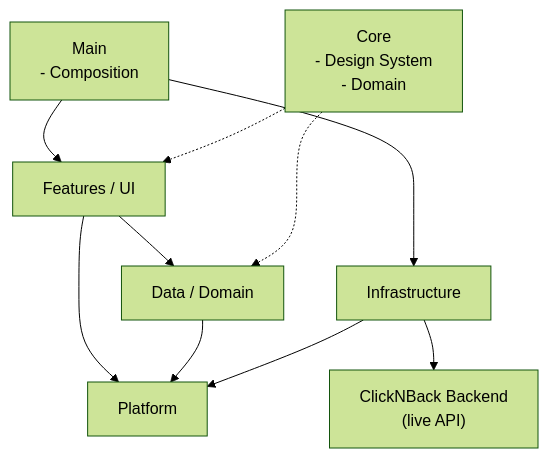
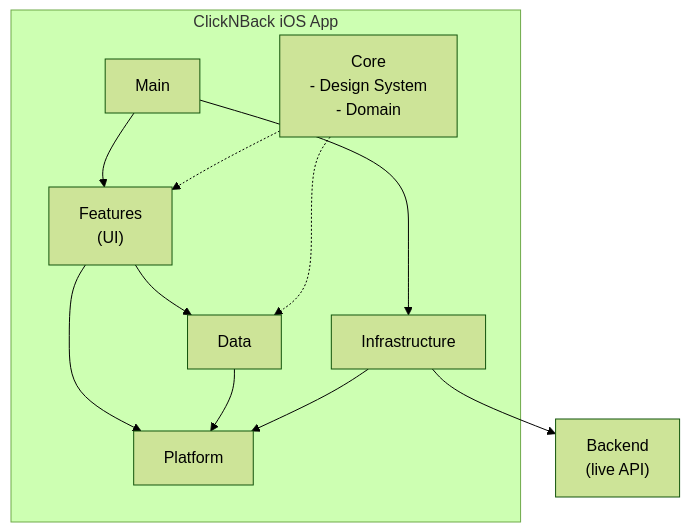
One commit to jerosanchez/clicknback-ios changed the diagram in README.md. Above: the diagram before and after it, drawn with Mermaid (forest theme). The commit also changed other lines of this file and 1 other file, not shown here.

````diff
--- a/README.md
+++ b/README.md
@@ -48,21 +57,24 @@
 ```mermaid
 graph TD
-    MC["Main<br/>- Composition"]
-    UI["Features / UI"]
-    DL["Data / Domain"]
-    IL["Infrastructure"]
-    PL["Platform"]
-    DS["Core<br/>- Design System<br/>- Domain"]
-    BE["ClickNBack Backend<br/>(live API)"]
+    subgraph App["ClickNBack iOS App"]
+        MC["Main"]
+        UI["Features<br/>(UI)"]
+        DL["Data"]
+        IL["Infrastructure"]
+        PL["Platform"]
+        DS["Core<br/>- Design System<br/>- Domain"]
+    end
+    
+    BE["Backend<br/>(live API)"]
 
     MC --> UI
     MC --> IL
     UI --> DL
     UI --> PL
     DL --> PL
     IL --> PL
     DS -.-> UI
     IL --> BE
     DS -.-> DL
 
 ```
````
